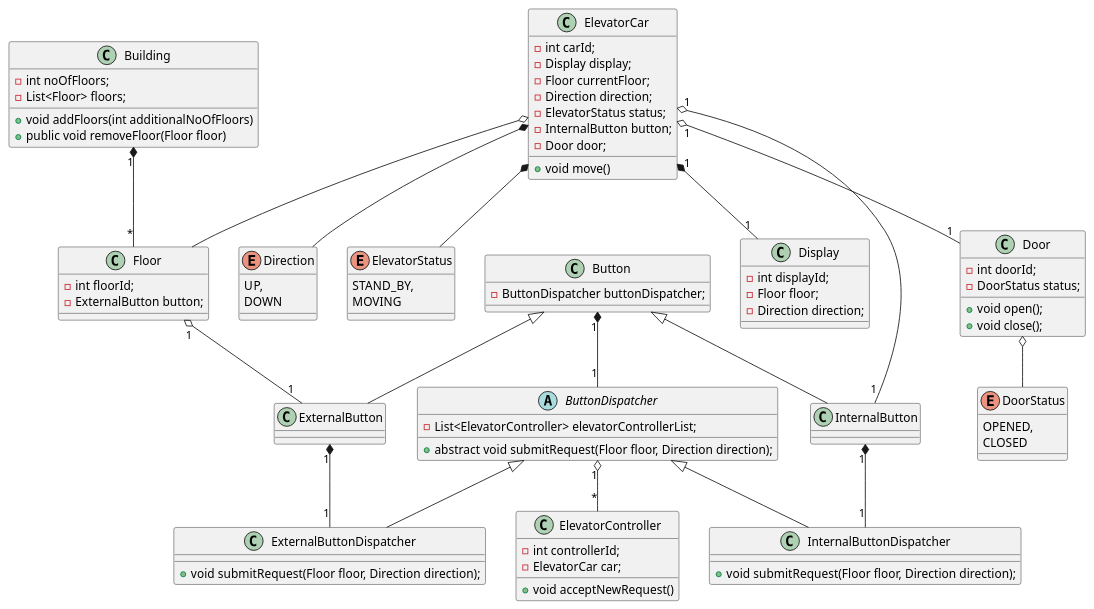
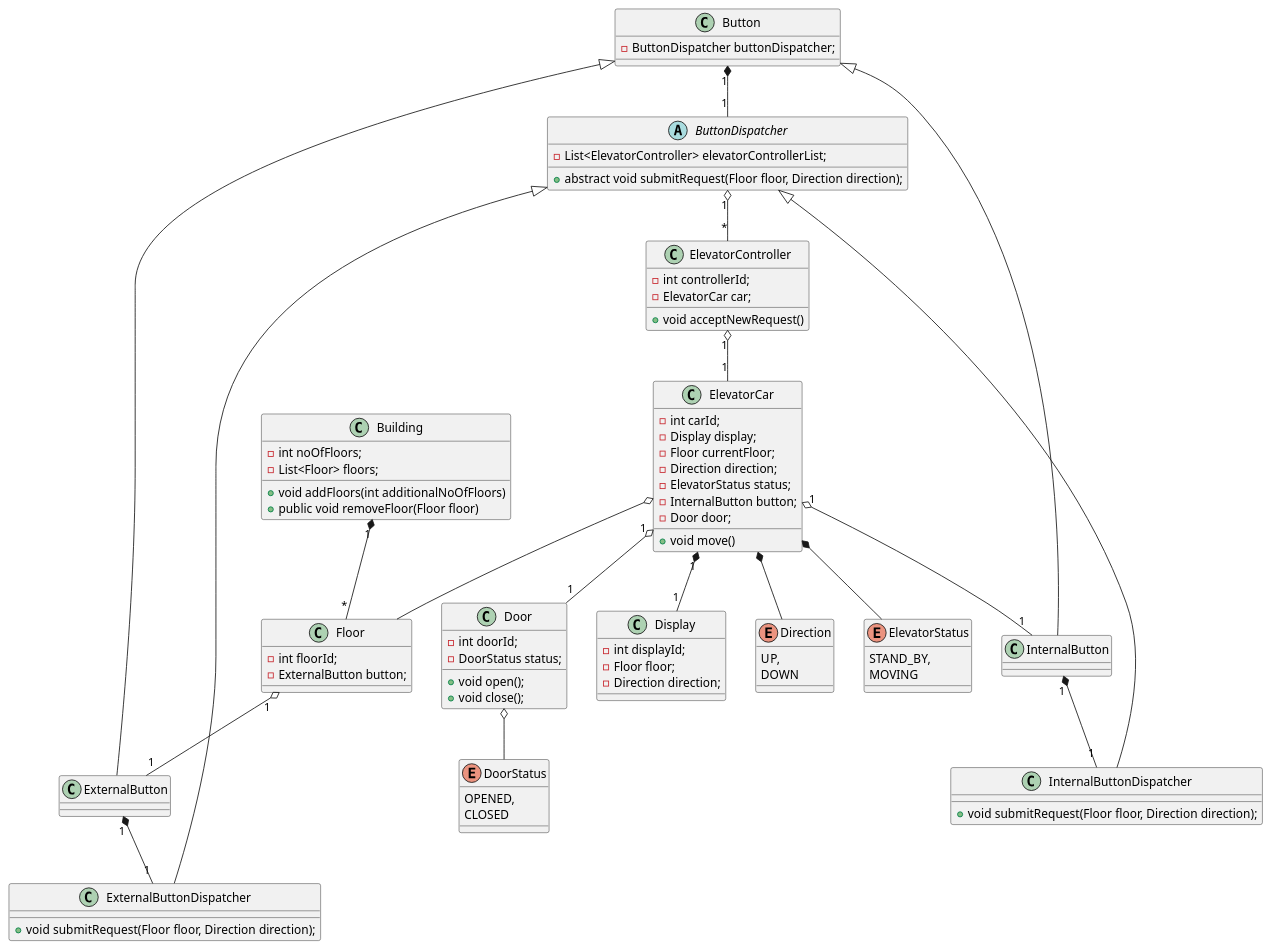
Before and after one commit to AnusrutaD/ElevatorSystem: the diagram in umlDiagram.puml, drawn with PlantUML. The commit also changed 1 other file, not shown here.

```diff
--- a/umlDiagram.puml
+++ b/umlDiagram.puml
@@ -1,109 +1,110 @@
 @startuml
 'https://plantuml.com/class-diagram
 
 class Building {
     - int noOfFloors;
     - List<Floor> floors;
 
     + void addFloors(int additionalNoOfFloors)
     + public void removeFloor(Floor floor)
 }
 
 class Floor {
     - int floorId;
     - ExternalButton button;
 }
 
 class ElevatorCar {
     - int carId;
     - Display display;
     - Floor currentFloor;
     - Direction direction;
     - ElevatorStatus status;
     - InternalButton button;
     - Door door;
 
     + void move()
 }
 
 class Display {
     - int displayId;
     - Floor floor;
     - Direction direction;
 }
 
 class Door {
     - int doorId;
     - DoorStatus status;
 
     + void open();
     + void close();
 }
 
 enum Direction {
     UP,
     DOWN
 }
 
 enum DoorStatus {
     OPENED,
     CLOSED
 }
 
 enum ElevatorStatus {
     STAND_BY,
     MOVING
 }
 
 class Button {
     - ButtonDispatcher buttonDispatcher;
 }
 
 class InternalButton
 
 class ExternalButton
 
 
 abstract class ButtonDispatcher {
     - List<ElevatorController> elevatorControllerList;
 
     + abstract void submitRequest(Floor floor, Direction direction);
 }
 
 class InternalButtonDispatcher {
     + void submitRequest(Floor floor, Direction direction);
 }
 
 class ExternalButtonDispatcher {
     + void submitRequest(Floor floor, Direction direction);
 }
 
 class ElevatorController {
     - int controllerId;
     - ElevatorCar car;
 
     + void acceptNewRequest()
 }
 
 Building "1" *-- "*" Floor
 
 Button <|-- InternalButton
 Button <|-- ExternalButton
 
 ElevatorCar "1" *-- "1" Display
 ElevatorCar o-- Floor
 ElevatorCar *-- Direction
 ElevatorCar *-- ElevatorStatus
 ElevatorCar "1" o-- "1" InternalButton
 ElevatorCar "1" o-- "1" Door
 Door o-- DoorStatus
 Floor "1" o-- "1" ExternalButton
 ButtonDispatcher <|-- InternalButtonDispatcher
 ButtonDispatcher <|-- ExternalButtonDispatcher
 
 Button "1" *-- "1" ButtonDispatcher
 InternalButton "1" *-- "1" InternalButtonDispatcher
 ExternalButton "1" *-- "1" ExternalButtonDispatcher
 ButtonDispatcher "1" o-- "*" ElevatorController
+ElevatorController "1" o-- "1" ElevatorCar
 
 @enduml
```
